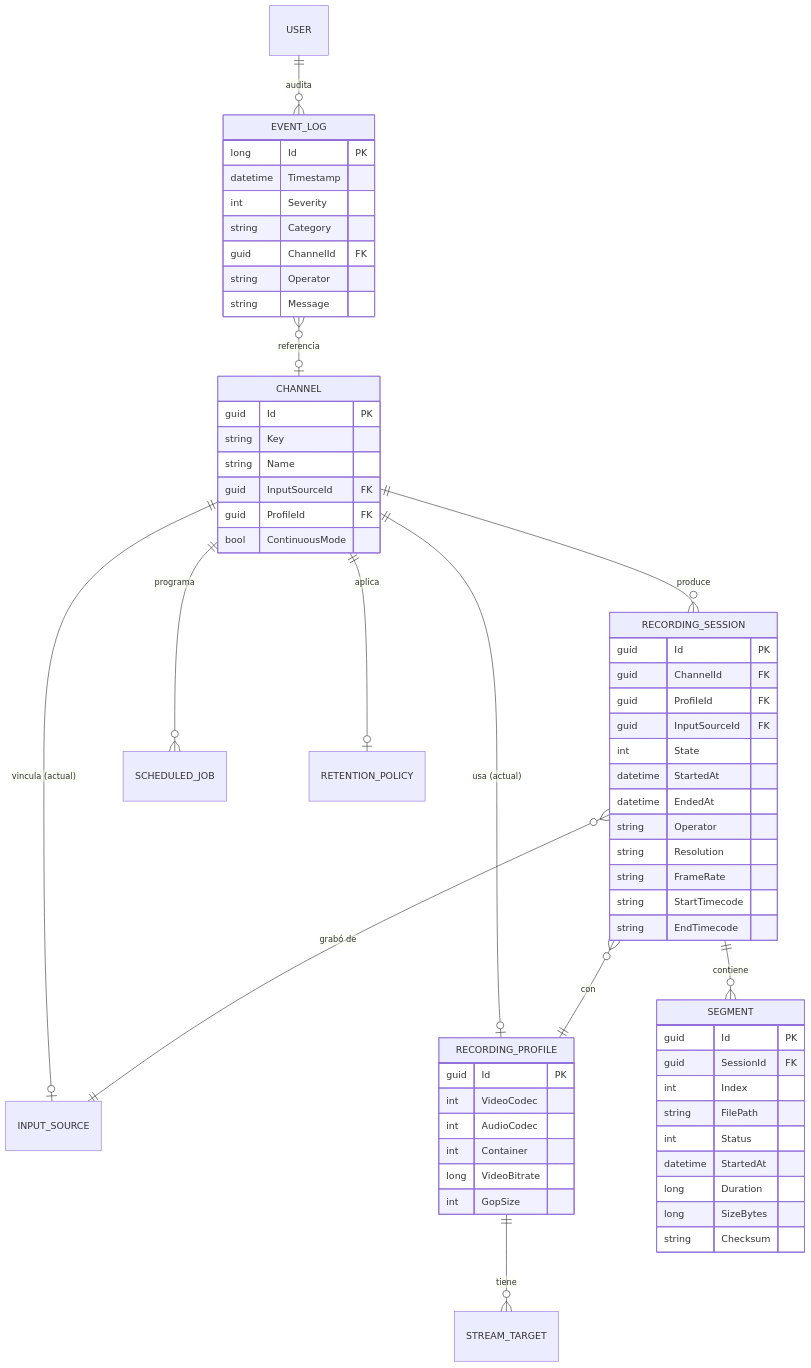
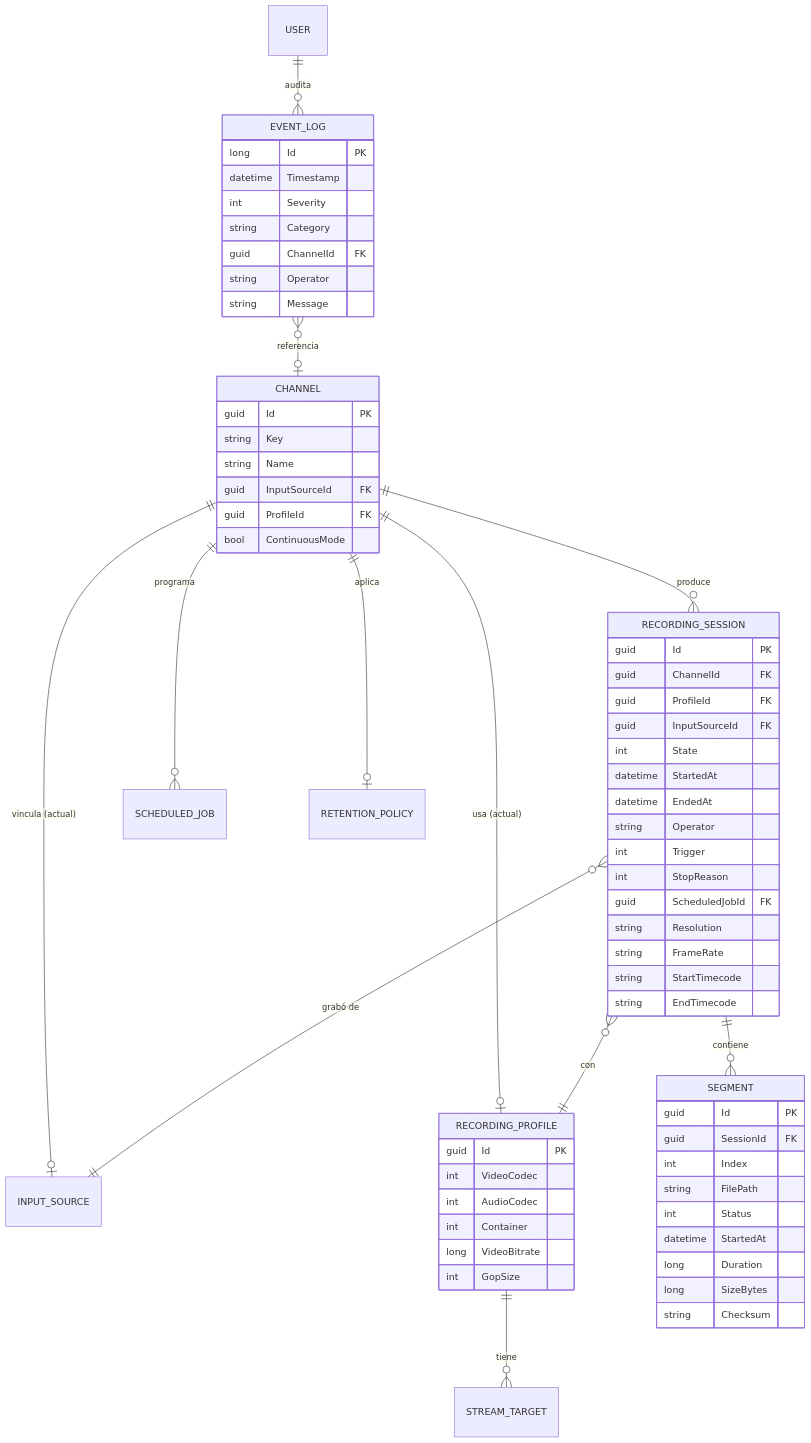
The diagram in docs/03-modelo-datos.md (JorgeCruz19/baioss-record), drawn with Mermaid before and after one commit. The commit also changed other lines of this file and 22 other files, not shown here.

````diff
--- a/docs/03-modelo-datos.md
+++ b/docs/03-modelo-datos.md
@@ -5,65 +5,68 @@
 ```mermaid
 erDiagram
     CHANNEL ||--o{ RECORDING_SESSION : produce
     CHANNEL ||--o| INPUT_SOURCE : "vincula (actual)"
     CHANNEL ||--o| RECORDING_PROFILE : "usa (actual)"
     CHANNEL ||--o{ SCHEDULED_JOB : programa
     CHANNEL ||--o| RETENTION_POLICY : aplica
     RECORDING_PROFILE ||--o{ STREAM_TARGET : "tiene"
     RECORDING_SESSION ||--o{ SEGMENT : contiene
     RECORDING_SESSION }o--|| INPUT_SOURCE : "grabó de"
     RECORDING_SESSION }o--|| RECORDING_PROFILE : "con"
     EVENT_LOG }o--o| CHANNEL : "referencia"
     USER ||--o{ EVENT_LOG : audita
 
     CHANNEL {
         guid Id PK
         string Key
         string Name
         guid InputSourceId FK
         guid ProfileId FK
         bool ContinuousMode
     }
     RECORDING_SESSION {
         guid Id PK
         guid ChannelId FK
         guid ProfileId FK
         guid InputSourceId FK
         int State
         datetime StartedAt
         datetime EndedAt
         string Operator
+        int Trigger
+        int StopReason
+        guid ScheduledJobId FK
         string Resolution
         string FrameRate
         string StartTimecode
         string EndTimecode
     }
     SEGMENT {
         guid Id PK
         guid SessionId FK
         int Index
         string FilePath
         int Status
         datetime StartedAt
         long Duration
         long SizeBytes
         string Checksum
     }
     RECORDING_PROFILE {
         guid Id PK
         int VideoCodec
         int AudioCodec
         int Container
         long VideoBitrate
         int GopSize
     }
     EVENT_LOG {
         long Id PK
         datetime Timestamp
         int Severity
         string Category
         guid ChannelId FK
         string Operator
         string Message
     }
 ```
````
